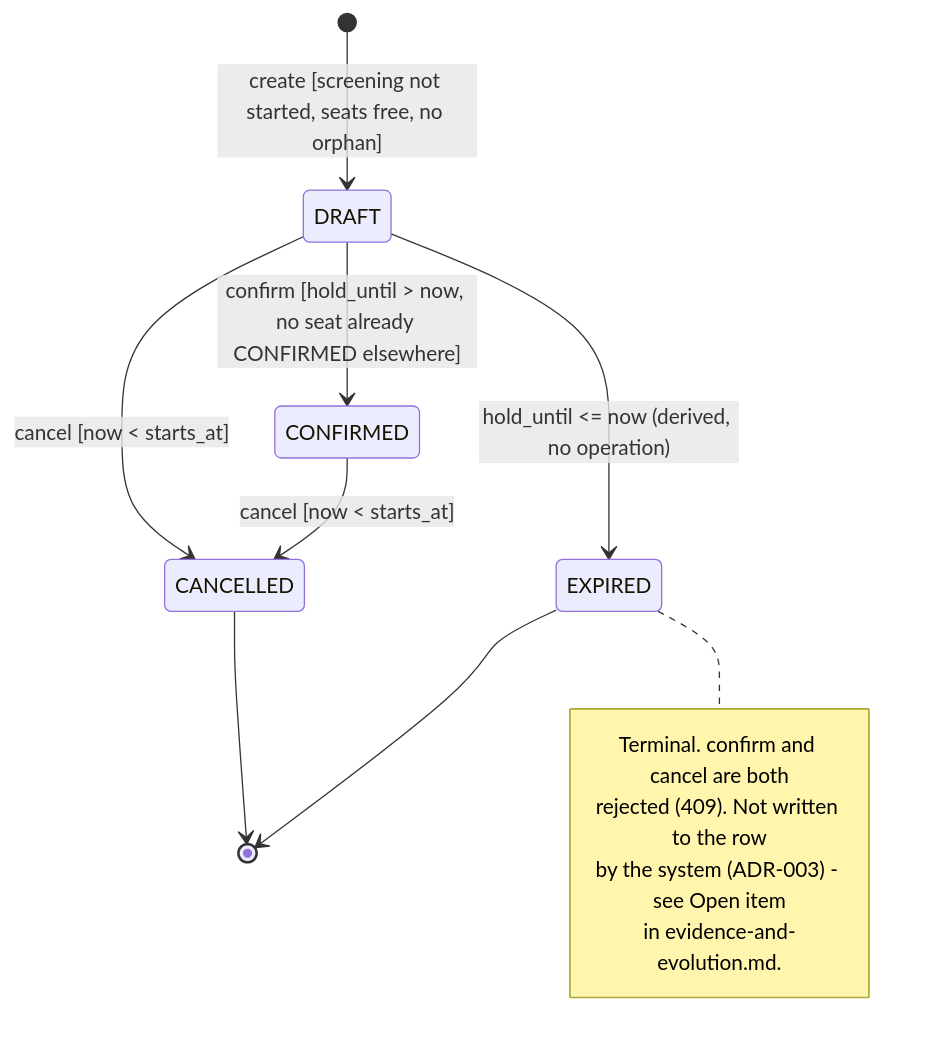
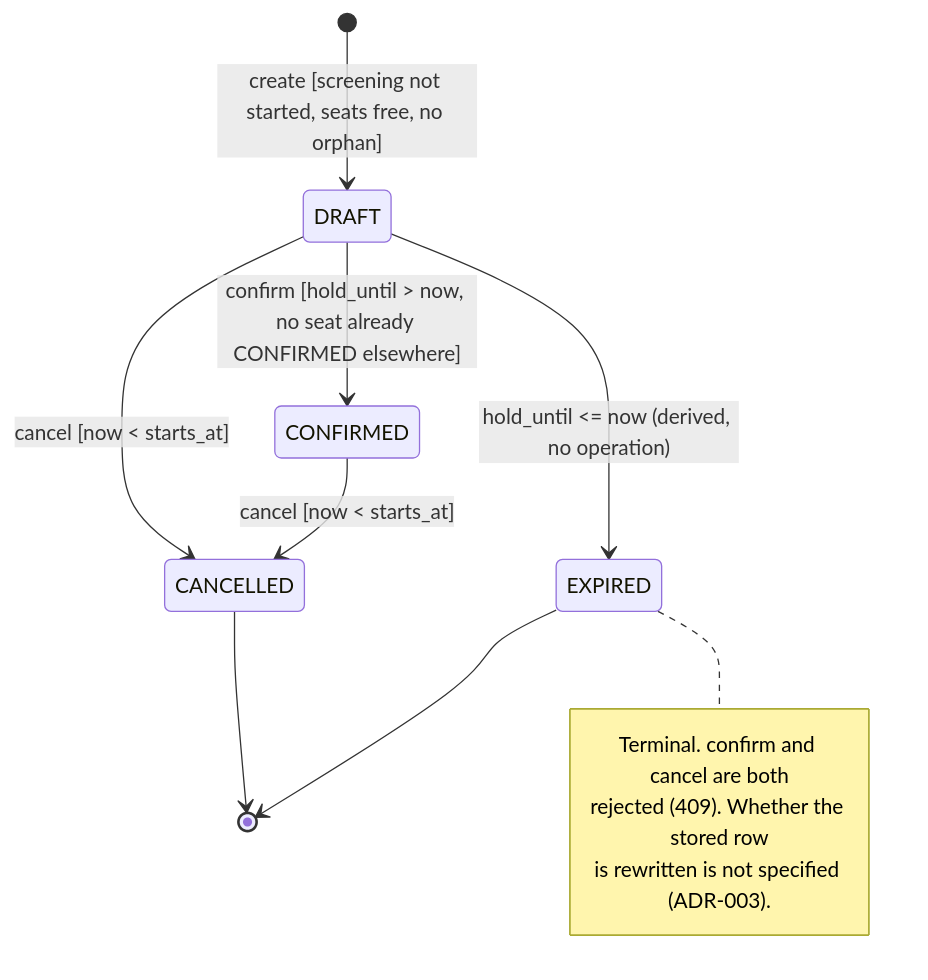
One commit to SerpentSide/SWI_Projekt changed the second of 6 diagrams in docs/diagrams.md. Above: the diagram before and after it, drawn with Mermaid. The commit also changed other lines of this file and 3 other files, not shown here.

````diff
--- a/docs/diagrams.md
+++ b/docs/diagrams.md
@@ -62,17 +62,16 @@
 ```mermaid
 stateDiagram-v2
     [*] --> DRAFT: create [screening not started, seats free, no orphan]
     DRAFT --> CONFIRMED: confirm [hold_until > now, no seat already CONFIRMED elsewhere]
     DRAFT --> CANCELLED: cancel [now < starts_at]
     CONFIRMED --> CANCELLED: cancel [now < starts_at]
     DRAFT --> EXPIRED: hold_until <= now (derived, no operation)
     CANCELLED --> [*]
     EXPIRED --> [*]
 
     note right of EXPIRED
         Terminal. confirm and cancel are both
-        rejected (409). Not written to the row
-        by the system (ADR-003) - see Open item
-        in evidence-and-evolution.md.
+        rejected (409). Whether the stored row
+        is rewritten is not specified (ADR-003).
     end note
 ```
````
